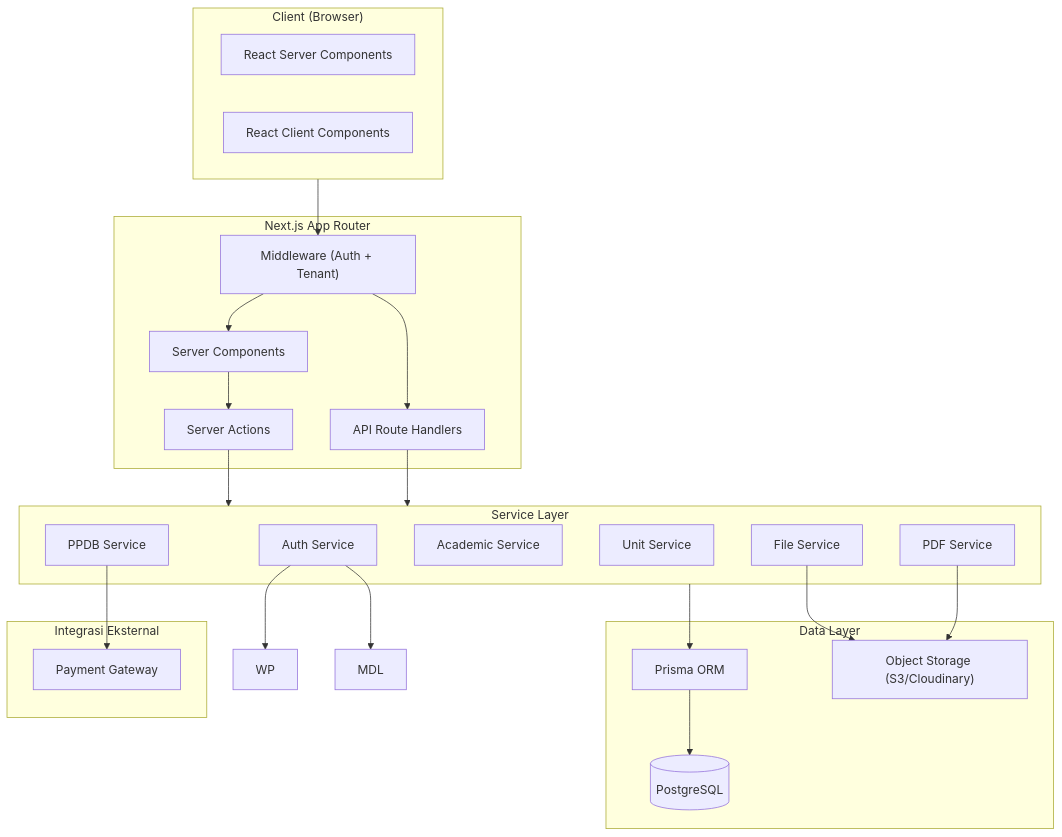
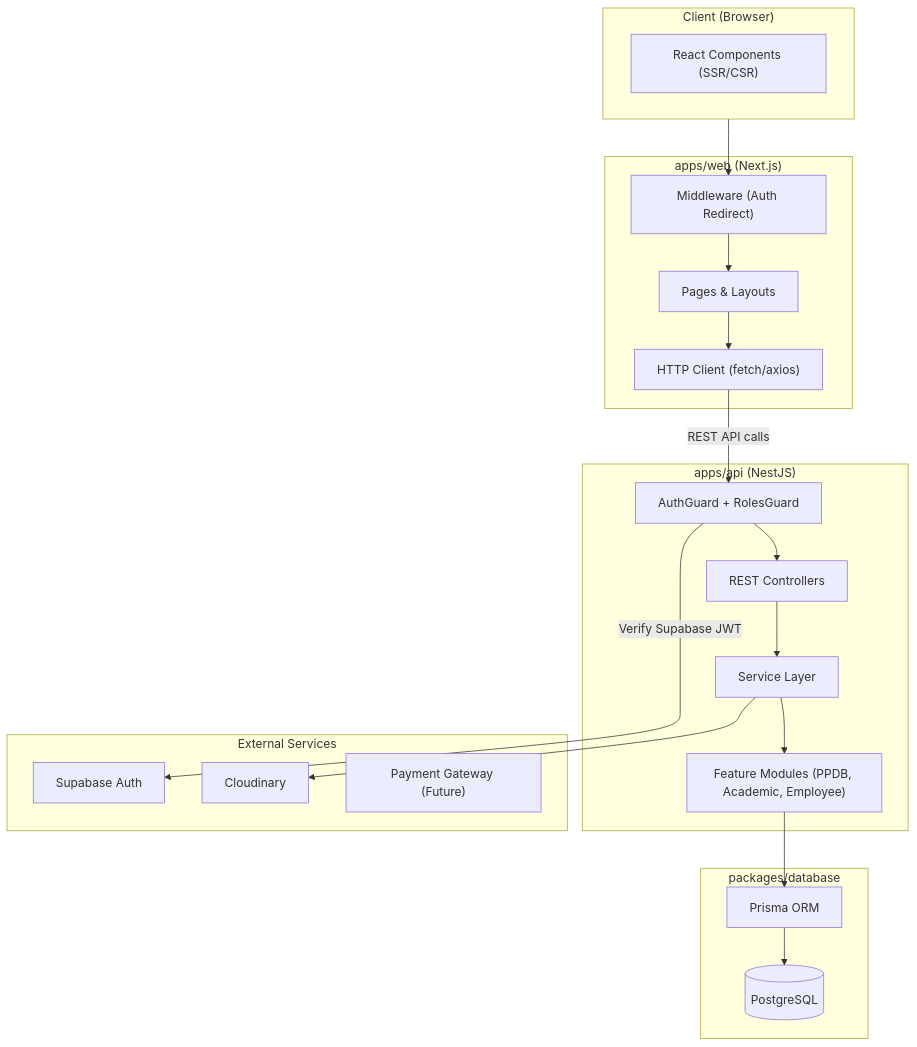
Before and after one commit to alchemista27/sim-alfida: the first of 9 diagrams in docs/TDD.md, drawn with Mermaid. The commit also changed other lines of this file and 498 other files, not shown here.

````diff
--- a/docs/TDD.md
+++ b/docs/TDD.md
@@ -21,47 +21,42 @@
 ```mermaid
 graph TB
     subgraph Client["Client (Browser)"]
-        RSC["React Server Components"]
-        RCC["React Client Components"]
+        RSC["React Components (SSR/CSR)"]
     end
 
-    subgraph NextJS["Next.js App Router"]
-        MW["Middleware (Auth + Tenant)"]
-        API["API Route Handlers"]
-        SC["Server Components"]
-        SA["Server Actions"]
+    subgraph "apps/web (Next.js)"
+        MW["Middleware (Auth Redirect)"]
+        Pages["Pages & Layouts"]
+        ClientFetch["HTTP Client (fetch/axios)"]
     end
 
-    subgraph Services["Service Layer"]
-        AuthSvc["Auth Service"]
-        PPDBSvc["PPDB Service"]
-        AcadSvc["Academic Service"]
-        UnitSvc["Unit Service"]
-        FileSvc["File Service"]
-        PDFSvc["PDF Service"]
+    subgraph "apps/api (NestJS)"
+        Guards["AuthGuard + RolesGuard"]
+        Controllers["REST Controllers"]
+        NestServices["Service Layer"]
+        NestModules["Feature Modules (PPDB, Academic, Employee)"]
     end
 
-    subgraph Data["Data Layer"]
+    subgraph "packages/database"
         ORM["Prisma ORM"]
         DB[("PostgreSQL")]
-        S3["Object Storage (S3/Cloudinary)"]
     end
 
-    subgraph External["Integrasi Eksternal"]
-        PG["Payment Gateway"]
+    subgraph External["External Services"]
+        SupaAuth["Supabase Auth"]
+        Storage["Cloudinary"]
+        PG["Payment Gateway (Future)"]
     end
 
     Client --> MW
-    MW --> API
-    MW --> SC
-    SC --> SA
-    SA --> Services
-    API --> Services
-    Services --> ORM
+    MW --> Pages
+    Pages --> ClientFetch
+    ClientFetch -->|REST API calls| Guards
+    Guards -->|Verify Supabase JWT| SupaAuth
+    Guards --> Controllers
+    Controllers --> NestServices
+    NestServices --> NestModules
+    NestModules --> ORM
     ORM --> DB
-    FileSvc --> S3
-    PDFSvc --> S3
-    AuthSvc --> WP
-    AuthSvc --> MDL
-    PPDBSvc --> PG
+    NestServices --> Storage
 ```
````
